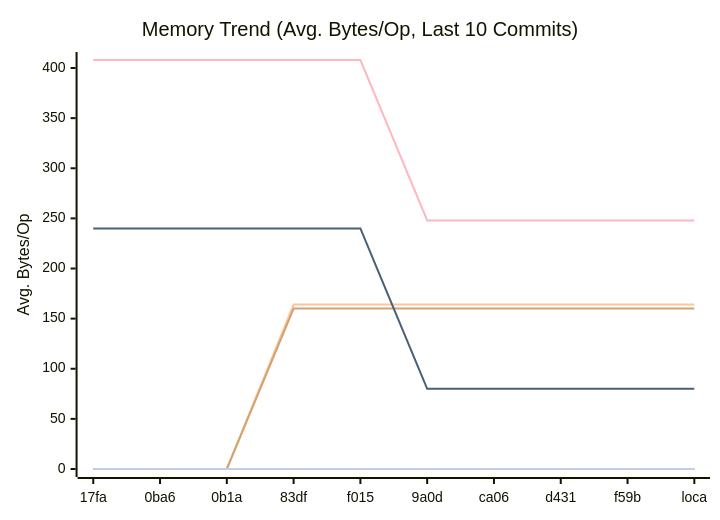
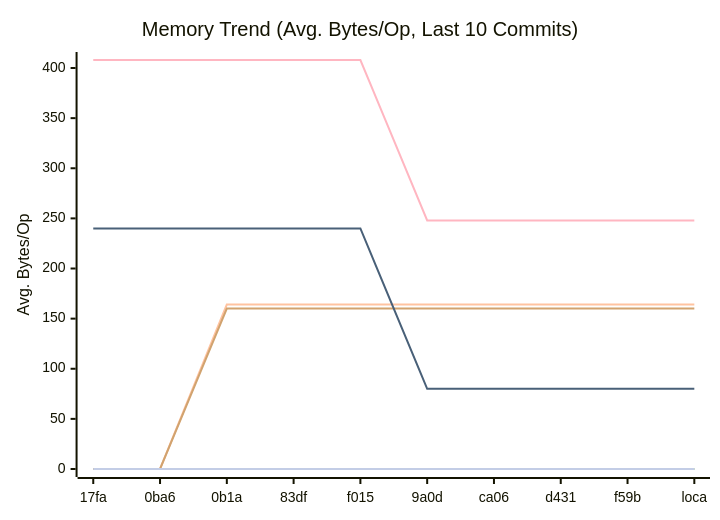
One commit to alsotoes/momo changed the second of 3 diagrams in docs/PERFORMANCE.md. Above: the diagram before and after it, drawn with Mermaid. The commit also changed other lines of this file and 2 other files, not shown here.

Commit message:
docs: create CRUSH.md detailing RADOS Ceph vs CRUSH-lite algorithms

````diff
--- a/docs/PERFORMANCE.md
+++ b/docs/PERFORMANCE.md
@@ -97,16 +97,16 @@
 ```mermaid
 xychart-beta
     title "Memory Trend (Avg. Bytes/Op, Last 10 Commits)"
     x-axis "Commit"
     y-axis "Avg. Bytes/Op"
     x-axis [17fa,0ba6,0b1a,83df,f015,9a0d,ca06,d431,f59b,loca]
     line "CheckMetricsAndSwap" [0,0,0,0,0,0,0,0,0,0]
     line "CrushOptimized" [0,0,0,0,0,0,0,0,0,0]
-    line "CrushOriginal" [0,0,0,164,164,164,164,164,164,164]
+    line "CrushOriginal" [0,0,164,164,164,164,164,164,164,164]
     line "IndexDirectTracking" [0,0,0,0,0,0,0,0,0,0]
     line "IndexSearch" [0,0,0,0,0,0,0,0,0,0]
-    line "LoadGlobalConfig" [0,0,0,160,160,160,160,160,160,160]
+    line "LoadGlobalConfig" [0,0,160,160,160,160,160,160,160,160]
     line "PadString" [0,0,0,0,0,0,0,0,0,0]
     line "ParseReplicationOrder_NoPrealloc" [408,408,408,408,408,248,248,248,248,248]
     line "ParseReplicationOrder_Prealloc" [240,240,240,240,240,80,80,80,80,80]
 ```
````
